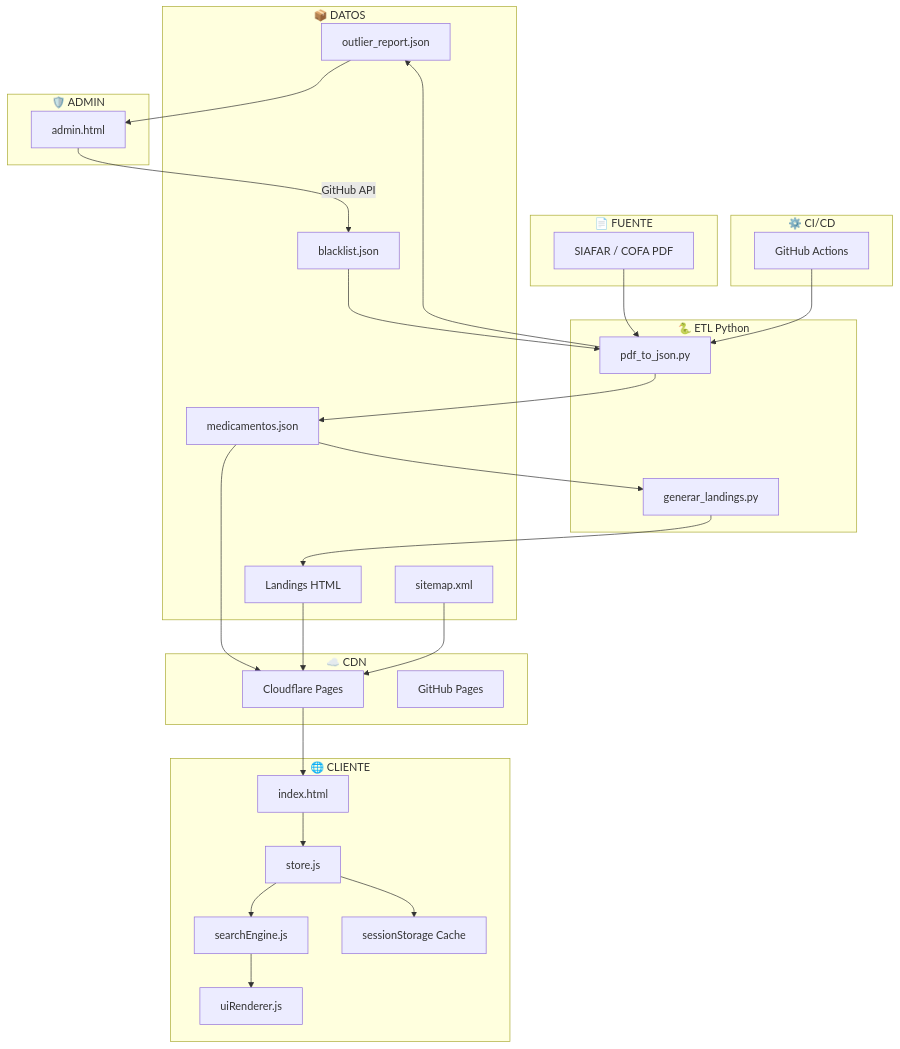
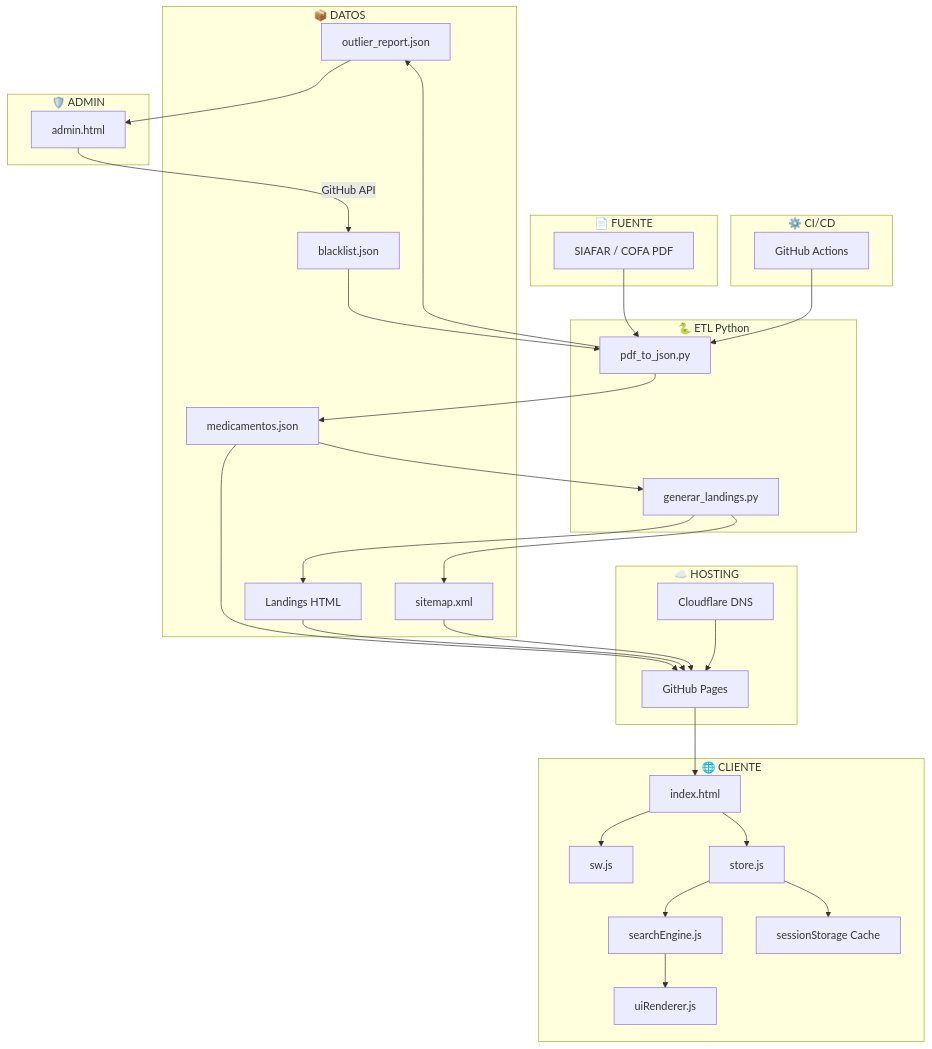
One commit to psbella/remediar changed the eighth of 8 diagrams in README.md. Above: the diagram before and after it, drawn with Mermaid. The commit also changed other lines of this file, not shown here.

Commit message:
Update README with new hosting and features

````diff
--- a/README.md
+++ b/README.md
@@ -813,56 +803,59 @@
 ```mermaid
 flowchart TD
 
     subgraph CLIENT["🌐 CLIENTE"]
         A[index.html]
+        SW[sw.js]
         B[store.js]
         C[searchEngine.js]
         D[uiRenderer.js]
         E[sessionStorage Cache]
     end
 
-    subgraph CDN["☁️ CDN"]
-        F[Cloudflare Pages]
-        G[GitHub Pages]
+    subgraph HOSTING["☁️ HOSTING"]
+        F[GitHub Pages]
+        CF[Cloudflare DNS]
     end
 
     subgraph DATA["📦 DATOS"]
         H[medicamentos.json]
         HR[outlier_report.json]
         HB[blacklist.json]
         I[Landings HTML]
         J[sitemap.xml]
     end
 
     subgraph ETL["🐍 ETL Python"]
         K[pdf_to_json.py]
         L[generar_landings.py]
     end
 
     subgraph ADMIN["🛡️ ADMIN"]
         ADM[admin.html]
     end
 
     subgraph SOURCE["📄 FUENTE"]
         O[SIAFAR / COFA PDF]
     end
 
     subgraph CI["⚙️ CI/CD"]
         P[GitHub Actions]
     end
 
     O --> K
     HB --> K
     K --> H & HR
-    H --> L --> I
+    H --> L --> I & J
 
     H & I & J --> F
+    CF --> F
     F --> A
+    A --> SW
     A --> B --> C --> D
     B --> E
 
     HR --> ADM
     ADM -->|GitHub API| HB
 
     P --> K
 ```
````
